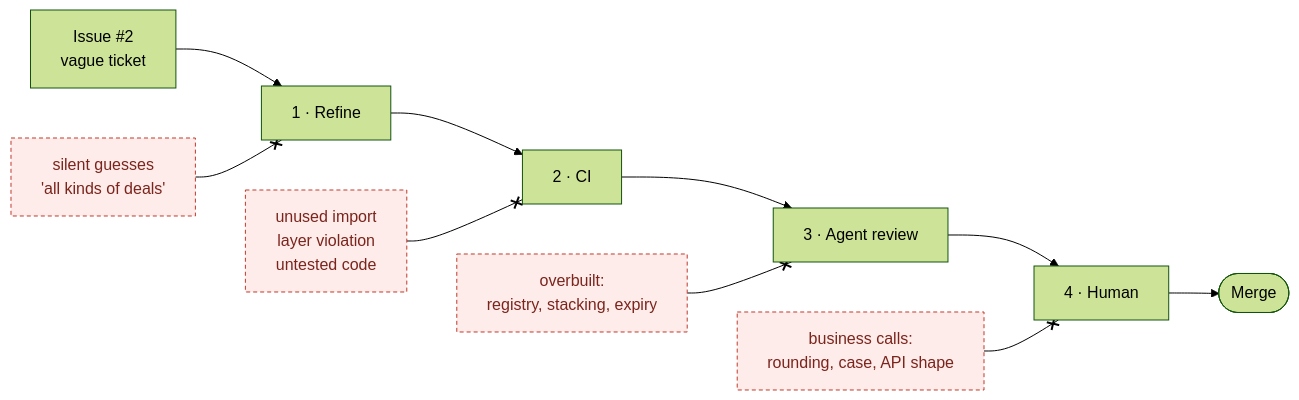
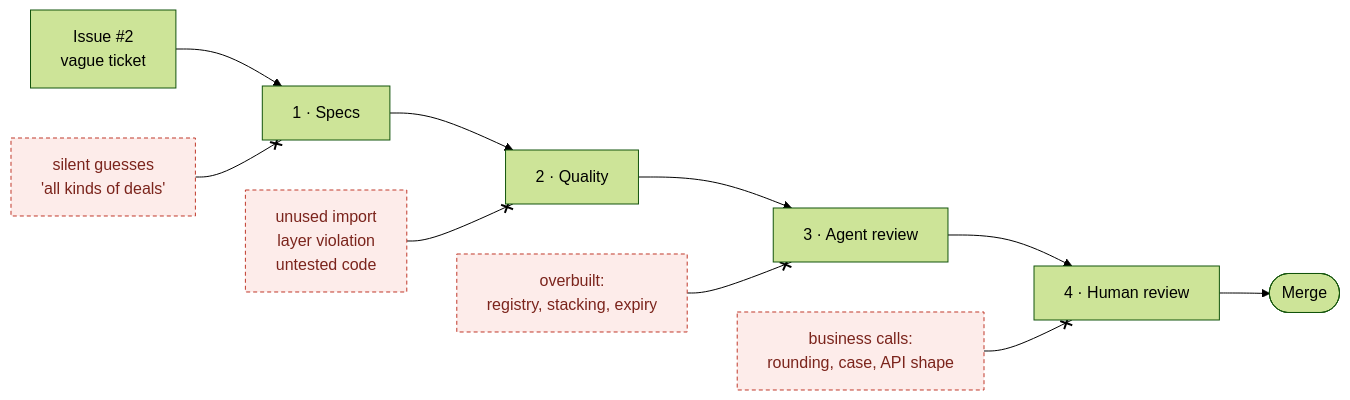
The diagram in course/why.md (limsijie93/tt-masterclass-agentic-sdlc-lite), drawn with Mermaid (forest theme) before and after one commit. The commit also changed other lines of this file and 19 other files, not shown here.

First line of the commit message:
Rename segments: Specs, Quality, Review (agent + human)

````diff
--- a/course/why.md
+++ b/course/why.md
@@ -9,10 +9,10 @@
 ```mermaid
 flowchart LR
-  T["Issue #2<br/>vague ticket"] --> R["1 · Refine"] --> C["2 · CI"] --> A["3 · Agent review"] --> H["4 · Human"] --> M(["Merge"])
+  T["Issue #2<br/>vague ticket"] --> R["1 · Specs"] --> C["2 · Quality"] --> A["3 · Agent review"] --> H["4 · Human review"] --> M(["Merge"])
   d1["silent guesses<br/>'all kinds of deals'"] --x R
   d2["unused import<br/>layer violation<br/>untested code"] --x C
   d3["overbuilt:<br/>registry, stacking, expiry"] --x A
   d4["business calls:<br/>rounding, case, API shape"] --x H
   classDef defect fill:#fdecea,stroke:#c0392b,stroke-dasharray:4 3,color:#7b241c
   class d1,d2,d3,d4 defect
 ```
````
